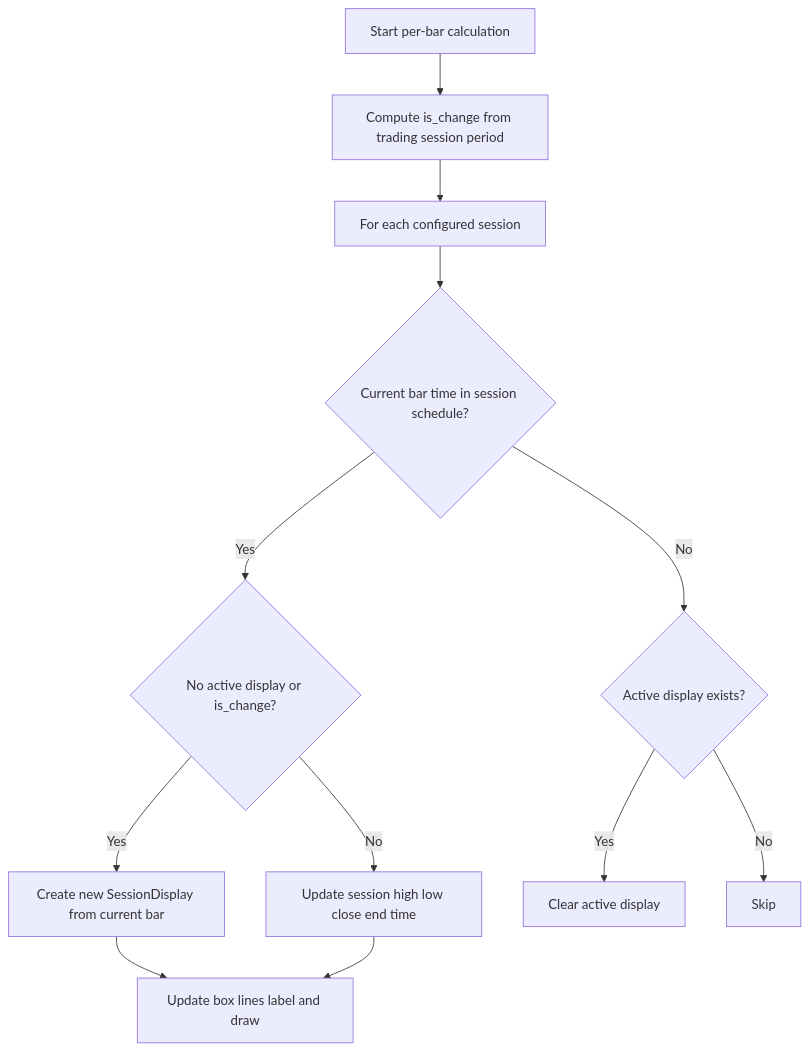
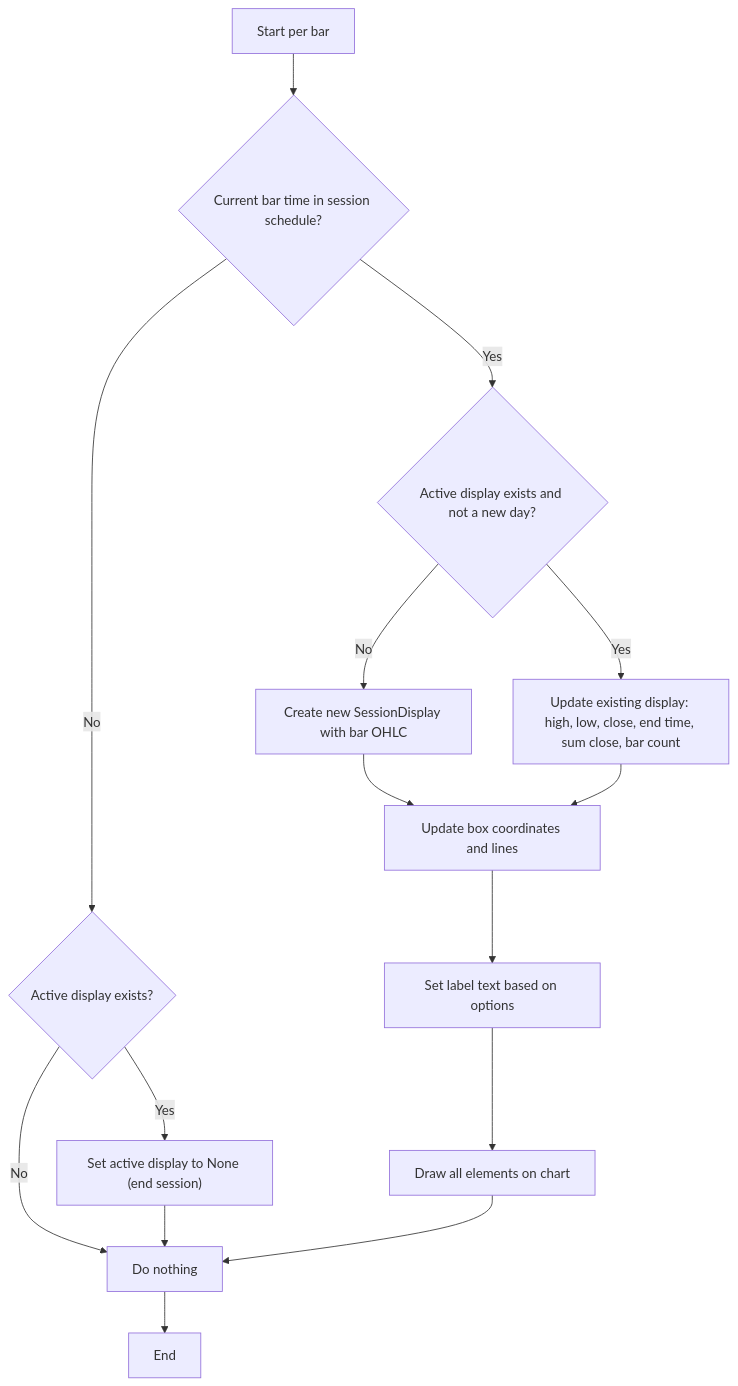
Before and after one commit to Indie-script/indie-script.github.io: the diagram in indicators/3 Trading Sessions/README.md, drawn with Mermaid. The commit also changed other lines of this file and 36 other files, not shown here.

````diff
--- a/indicators/3 Trading Sessions/README.md
+++ b/indicators/3 Trading Sessions/README.md
@@ -50,23 +38,17 @@
 ```mermaid
 flowchart TD
-    A["Start per-bar calculation"]
-    B["Compute is_change from trading session period"]
-    C["For each configured session"]
-    D{"Current bar time in session schedule?"}
-    E{"No active display or is_change?"}
-    F["Create new SessionDisplay from current bar"]
-    G["Update session high low close end time"]
-    H["Update box lines label and draw"]
-    I{"Active display exists?"}
-    J["Clear active display"]
-    K["Skip"]
-    A --> B --> C --> D
-    D -- "Yes" --> E
-    E -- "Yes" --> F
-    E -- "No" --> G
-    F --> H
-    G --> H
-    D -- "No" --> I
-    I -- "Yes" --> J
-    I -- "No" --> K
+  A["Start per bar"] --> B{"Current bar time in session schedule?"}
+  B -- Yes --> C{"Active display exists and not a new day?"}
+  C -- No --> D["Create new SessionDisplay with bar OHLC"]
+  C -- Yes --> E["Update existing display: high, low, close, end time, sum close, bar count"]
+  D --> F["Update box coordinates and lines"]
+  E --> F
+  F --> G["Set label text based on options"]
+  G --> H["Draw all elements on chart"]
+  B -- No --> I{"Active display exists?"}
+  I -- Yes --> J["Set active display to None (end session)"]
+  I -- No --> K["Do nothing"]
+  J --> K
+  H --> K
+  K --> L["End"]
 ```
````
